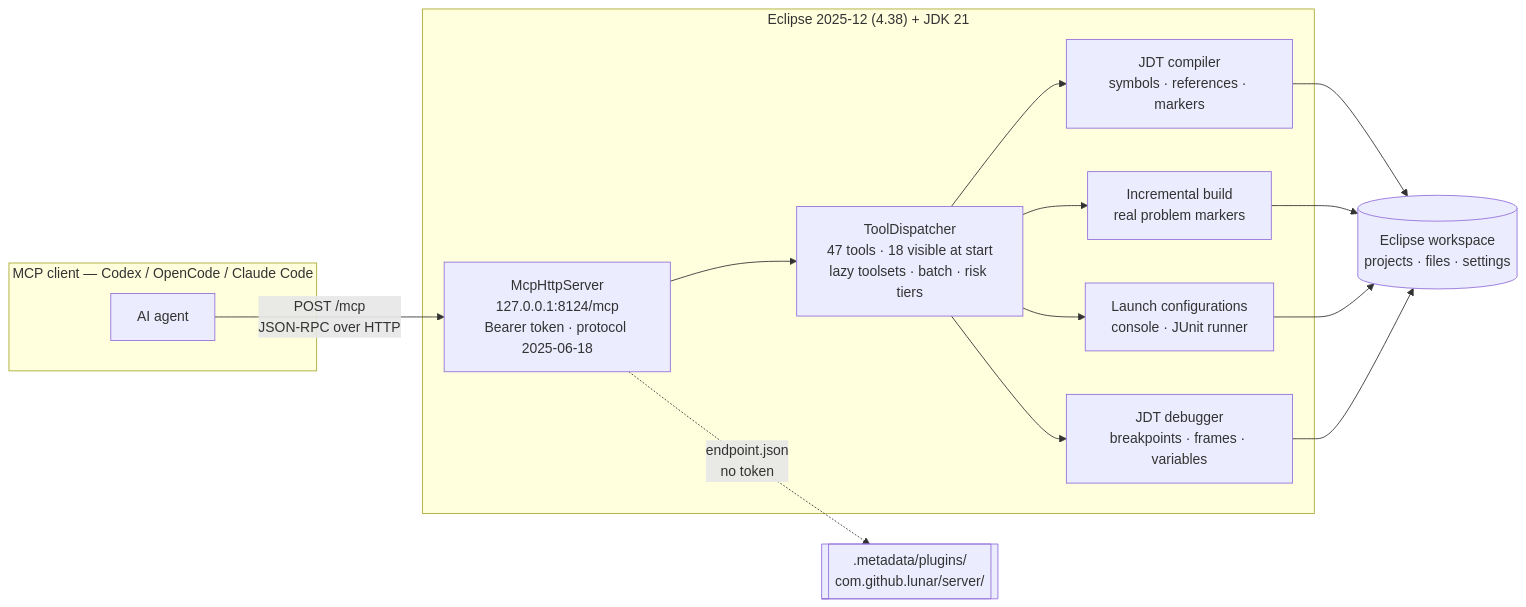
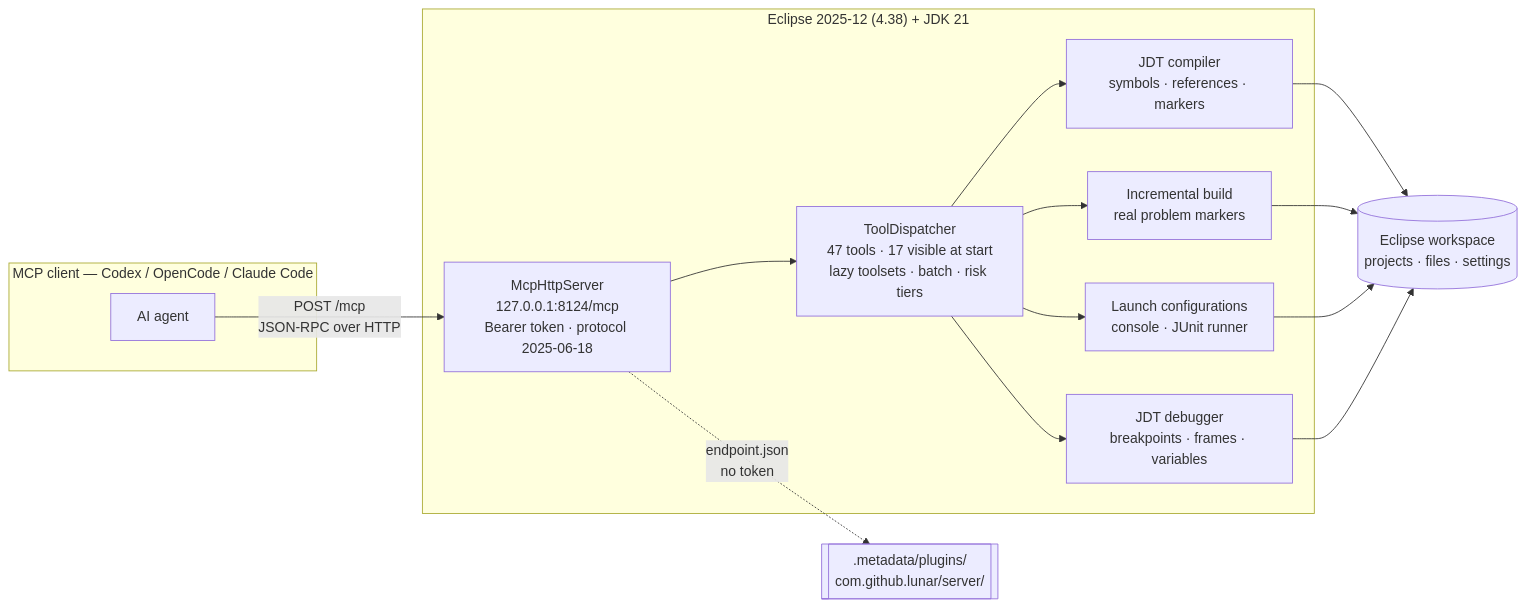
The diagram in README.md (illocean/lunar-mcp), drawn with Mermaid before and after one commit. The commit also changed other lines of this file and 1 other file, not shown here.

````diff
--- a/README.md
+++ b/README.md
@@ -7,20 +7,20 @@
 ```mermaid
 flowchart LR
     subgraph client["MCP client — Codex / OpenCode / Claude Code"]
         agent["AI agent"]
     end
 
     subgraph host["Eclipse 2025-12 (4.38) + JDK 21"]
         http["McpHttpServer<br/>127.0.0.1:8124/mcp<br/>Bearer token · protocol 2025-06-18"]
-        toolset["ToolDispatcher<br/>47 tools · 18 visible at start<br/>lazy toolsets · batch · risk tiers"]
+        toolset["ToolDispatcher<br/>47 tools · 17 visible at start<br/>lazy toolsets · batch · risk tiers"]
         jdt["JDT compiler<br/>symbols · references · markers"]
         build["Incremental build<br/>real problem markers"]
         run["Launch configurations<br/>console · JUnit runner"]
         dbg["JDT debugger<br/>breakpoints · frames · variables"]
         http --> toolset --> jdt & build & run & dbg
     end
 
     agent -- "POST /mcp<br/>JSON-RPC over HTTP" --> http
     jdt & build & run & dbg --> state[("Eclipse workspace<br/>projects · files · settings")]
     http -. "endpoint.json<br/>no token" .-> disk[[" .metadata/plugins/<br/>com.github.lunar/server/"]]
 ```
````
